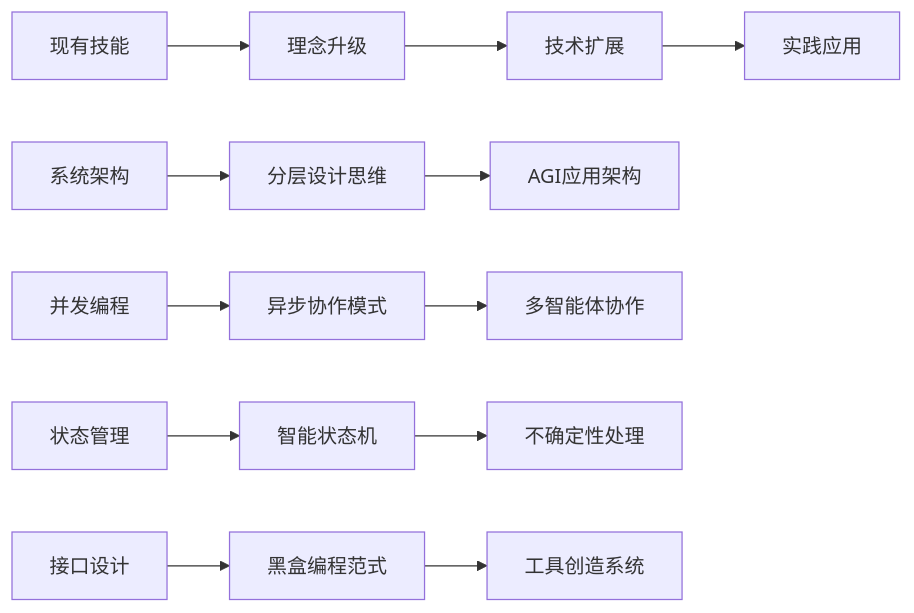
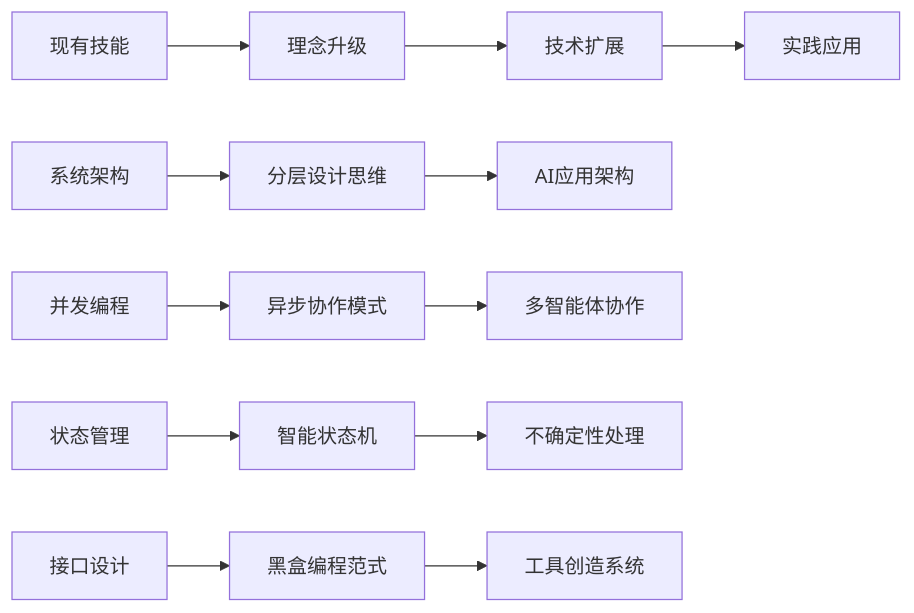
The diagram in 前言部分/软件工程师的新机遇.md (youyoude/agi-app-dev-guide-book), drawn with Mermaid before and after one commit. The commit also changed other lines of this file and 5 other files, not shown here.

````diff
--- a/前言部分/软件工程师的新机遇.md
+++ b/前言部分/软件工程师的新机遇.md
@@ -125,16 +125,16 @@
 ```mermaid
 graph LR
     A[现有技能] --> B[理念升级]
     B --> C[技术扩展]
     C --> D[实践应用]
     
     A1[系统架构] --> B1[分层设计思维]
     A2[并发编程] --> B2[异步协作模式]
     A3[状态管理] --> B3[智能状态机]
     A4[接口设计] --> B4[黑盒编程范式]
     
-    B1 --> C1[AGI应用架构]
+    B1 --> C1[AI应用架构]
     B2 --> C2[多智能体协作]
     B3 --> C3[不确定性处理]
     B4 --> C4[工具创造系统]
 ```
````
